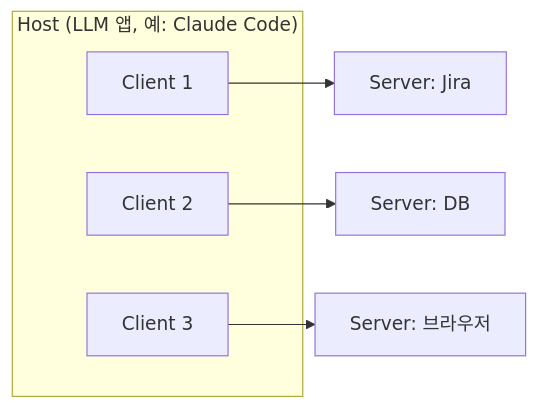
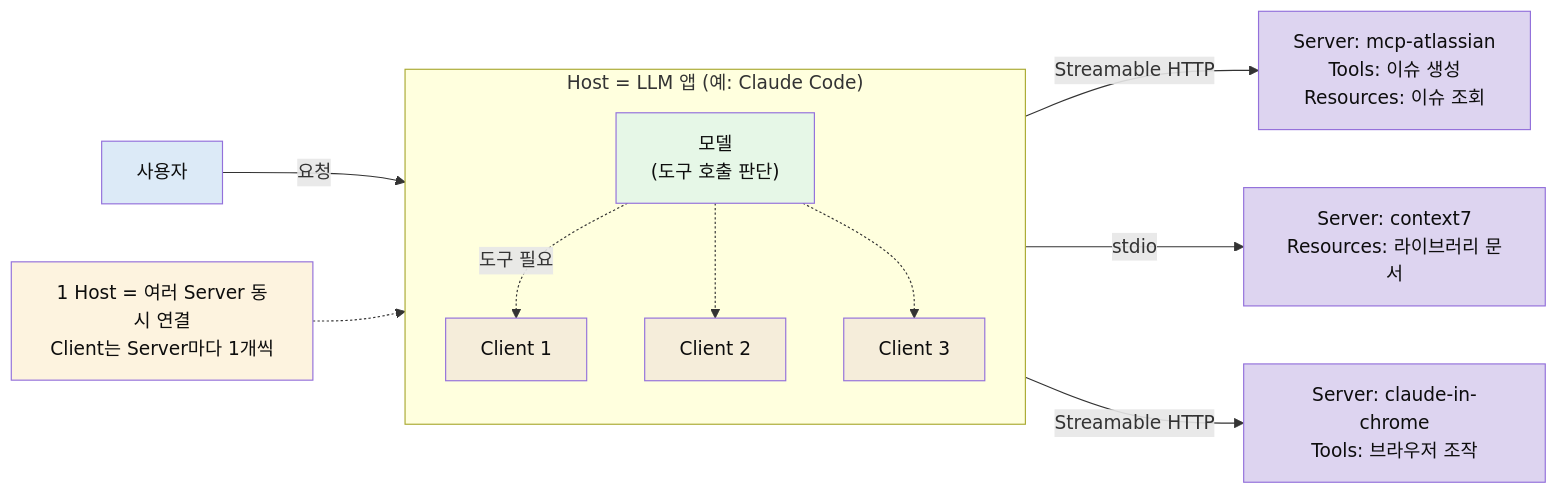
Before and after one commit to scofe97/StduyWrite: the second of 3 diagrams in write/12_AI/02-04.MCP 설계 — 외부 도구·데이터를 표준으로 연결하기.md, drawn with Mermaid. The commit also changed other lines of this file and 1 other file, not shown here.

Commit message:
[StduyWrite] docs: 12_AI 02-03·02-04 학습 시각화 추가 (Task Budget 대비, MCP Host/Client/Server 상세)

````diff
--- a/write/12_AI/02-04.MCP 설계 — 외부 도구·데이터를 표준으로 연결하기.md
+++ b/write/12_AI/02-04.MCP 설계 — 외부 도구·데이터를 표준으로 연결하기.md
@@ -78,11 +86,32 @@
 ```mermaid
 flowchart LR
-    subgraph host["Host (LLM 앱, 예: Claude Code)"]
+    user["사용자"] -->|"요청"| host
+
+    subgraph host["Host = LLM 앱 (예: Claude Code)"]
+        direction TB
+        model["모델<br>(도구 호출 판단)"]
         c1["Client 1"]
         c2["Client 2"]
         c3["Client 3"]
+        model -.->|"도구 필요"| c1
+        model -.-> c2
+        model -.-> c3
     end
-    c1 --> s1["Server: Jira"]
-    c2 --> s2["Server: DB"]
-    c3 --> s3["Server: 브라우저"]
+
+    c1 -->|"Streamable HTTP"| s1["Server: mcp-atlassian<br>Tools: 이슈 생성<br>Resources: 이슈 조회"]
+    c2 -->|"stdio"| s2["Server: context7<br>Resources: 라이브러리 문서"]
+    c3 -->|"Streamable HTTP"| s3["Server: claude-in-chrome<br>Tools: 브라우저 조작"]
+
+    note["1 Host = 여러 Server 동시 연결<br>Client는 Server마다 1개씩"]
+    note -.-> host
+
+    style user fill:#dceaf7,color:#0d0d0d
+    style model fill:#e6f7e7,color:#0d0d0d
+    style c1 fill:#f5edda,color:#0d0d0d
+    style c2 fill:#f5edda,color:#0d0d0d
+    style c3 fill:#f5edda,color:#0d0d0d
+    style s1 fill:#ddd4f0,color:#0d0d0d
+    style s2 fill:#ddd4f0,color:#0d0d0d
+    style s3 fill:#ddd4f0,color:#0d0d0d
+    style note fill:#fdf3df,color:#0d0d0d
 ```
````
